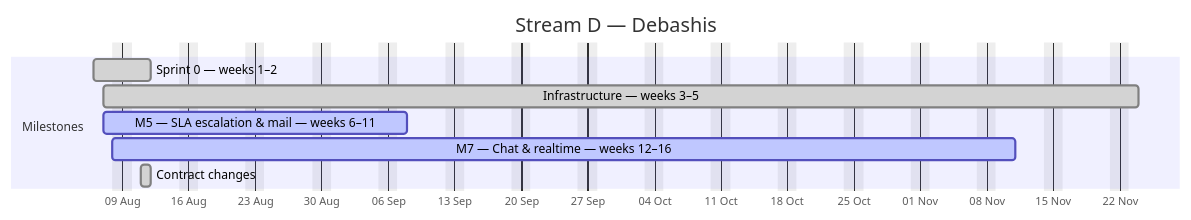
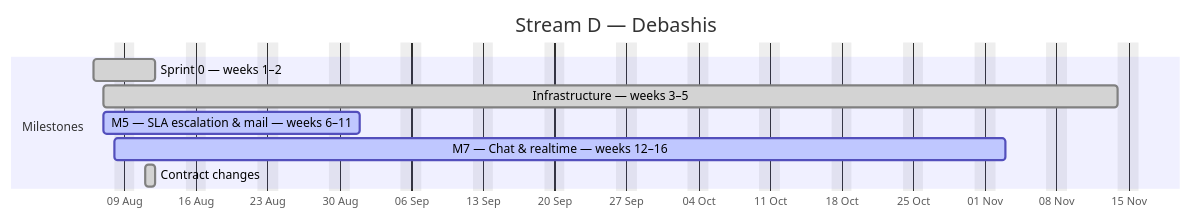
The fourth of 4 diagrams in docs/plan/GANTT.md (debashisedunext/EduTrack), drawn with Mermaid before and after one commit. The commit also changed other lines of this file and 4 other files, not shown here.

````diff
--- a/docs/plan/GANTT.md
+++ b/docs/plan/GANTT.md
@@ -167,13 +160,13 @@
 ```mermaid
 gantt
     dateFormat YYYY-MM-DD
     axisFormat %d %b
     title Stream D — Debashis
     excludes weekends
     section Milestones
     Sprint 0 — weeks 1–2 :done, d0, 2026-08-06, 4d
-    Infrastructure — weeks 3–5 :done, d1, 2026-08-07, 77d
-    M5 — SLA  escalation & mail — weeks 6–11 :active, d2, 2026-08-07, 22d
-    M7 — Chat & realtime — weeks 12–16 :active, d3, 2026-08-08, 68d
+    Infrastructure — weeks 3–5 :done, d1, 2026-08-07, 71d
+    M5 — SLA  escalation & mail — weeks 6–11 :active, d2, 2026-08-07, 17d
+    M7 — Chat & realtime — weeks 12–16 :active, d3, 2026-08-08, 62d
     Contract changes :done, d4, 2026-08-11, 1d
 ```
````
